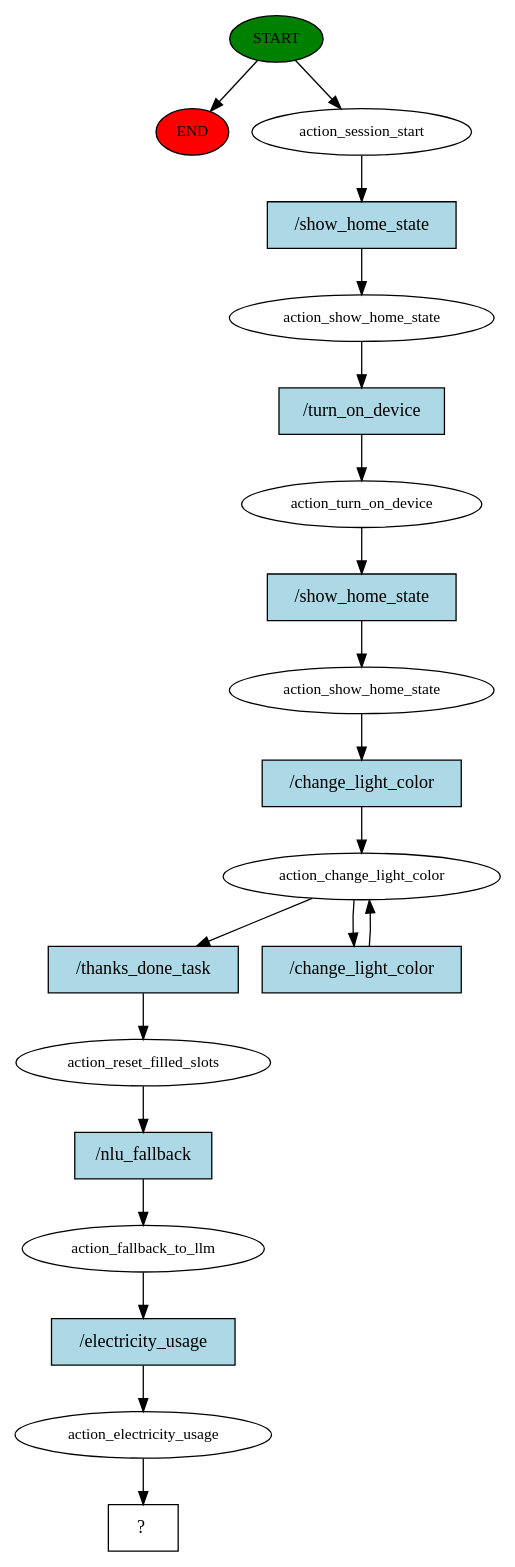
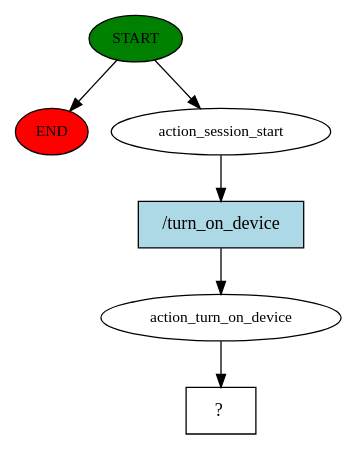
Before and after one commit to hossamhasanin/MrMoonSmartHome: the diagram in story_graph.dot, drawn with Graphviz. The commit also changed 31 other files, not shown here.

```diff
--- a/story_graph.dot
+++ b/story_graph.dot
@@ -1,40 +1,13 @@
 digraph  {
 0 [class="start active", fillcolor=green, fontsize=12, label=START, style=filled];
 "-1" [class=end, fillcolor=red, fontsize=12, label=END, style=filled];
 1 [class=active, fontsize=12, label=action_session_start];
-2 [class=active, fontsize=12, label=action_show_home_state];
-3 [class=active, fontsize=12, label=action_turn_on_device];
-4 [class=active, fontsize=12, label=action_show_home_state];
-5 [class=active, fontsize=12, label=action_change_light_color];
-7 [class=active, fontsize=12, label=action_reset_filled_slots];
-8 [class=active, fontsize=12, label=action_fallback_to_llm];
-9 [class=active, fontsize=12, label=action_electricity_usage];
-10 [class="intent dashed active", label="  ?  ", shape=rect];
-11 [class="intent active", fillcolor=lightblue, label="/show_home_state", shape=rect, style=filled];
-12 [class="intent active", fillcolor=lightblue, label="/turn_on_device", shape=rect, style=filled];
-13 [class="intent active", fillcolor=lightblue, label="/show_home_state", shape=rect, style=filled];
-14 [class="intent active", fillcolor=lightblue, label="/change_light_color", shape=rect, style=filled];
-15 [class="intent active", fillcolor=lightblue, label="/thanks_done_task", shape=rect, style=filled];
-16 [class="intent active", fillcolor=lightblue, label="/change_light_color", shape=rect, style=filled];
-17 [class="intent active", fillcolor=lightblue, label="/nlu_fallback", shape=rect, style=filled];
-18 [class="intent active", fillcolor=lightblue, label="/electricity_usage", shape=rect, style=filled];
+2 [class=active, fontsize=12, label=action_turn_on_device];
+3 [class="intent dashed active", label="  ?  ", shape=rect];
+4 [class="intent active", fillcolor=lightblue, label="/turn_on_device", shape=rect, style=filled];
 0 -> "-1"  [class="", key=NONE, label=""];
 0 -> 1  [class=active, key=NONE, label=""];
-1 -> 11  [class=active, key=0];
-2 -> 12  [class=active, key=0];
-3 -> 13  [class=active, key=0];
-4 -> 14  [class=active, key=0];
-5 -> 15  [class=active, key=0];
-5 -> 16  [class=active, key=0];
-7 -> 17  [class=active, key=0];
-8 -> 18  [class=active, key=0];
-9 -> 10  [class=active, key=NONE, label=""];
-11 -> 2  [class=active, key=0];
-12 -> 3  [class=active, key=0];
-13 -> 4  [class=active, key=0];
-14 -> 5  [class=active, key=0];
-15 -> 7  [class=active, key=0];
-16 -> 5  [class=active, key=0];
-17 -> 8  [class=active, key=0];
-18 -> 9  [class=active, key=0];
+1 -> 4  [class=active, key=0];
+2 -> 3  [class=active, key=NONE, label=""];
+4 -> 2  [class=active, key=0];
 }
```
